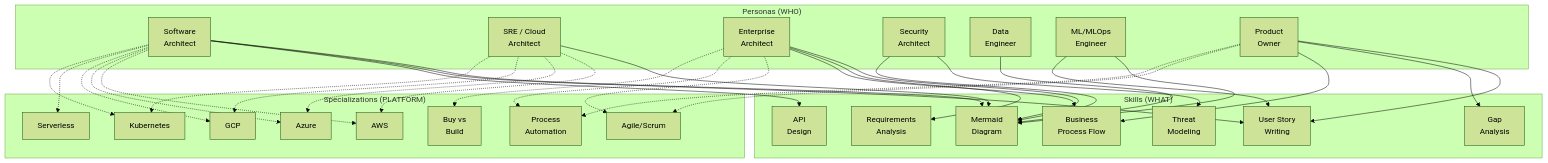
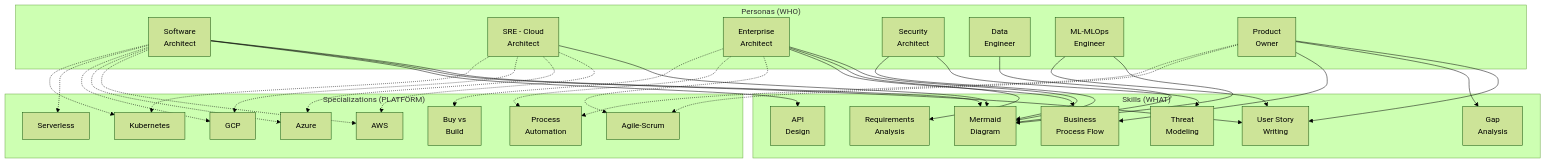
The third of 3 diagrams in docs/ai-engineering/persona-skill-specialization-summary.md (petergdoyle/actor-factory), drawn with Mermaid (forest theme) before and after one commit. The commit also changed other lines of this file and 12 other files, not shown here.

````diff
--- a/docs/ai-engineering/persona-skill-specialization-summary.md
+++ b/docs/ai-engineering/persona-skill-specialization-summary.md
@@ -152,66 +152,66 @@
 ```mermaid
 graph TD
     subgraph Personas["Personas (WHO)"]
         SWE["Software\nArchitect"]
-        INFRA["SRE / Cloud\nArchitect"]
+        INFRA["SRE - Cloud\nArchitect"]
         EA["Enterprise\nArchitect"]
         SEC["Security\nArchitect"]
         DATA["Data\nEngineer"]
-        ML["ML/MLOps\nEngineer"]
+        ML["ML-MLOps\nEngineer"]
         PO["Product\nOwner"]
     end
 
     subgraph Skills["Skills (WHAT)"]
         MERMAID["Mermaid\nDiagram"]
         STORY["User Story\nWriting"]
         REQAN["Requirements\nAnalysis"]
         GAP["Gap\nAnalysis"]
         API["API\nDesign"]
         THREAT["Threat\nModeling"]
         BPF["Business\nProcess Flow"]
     end
 
     subgraph Specializations["Specializations (PLATFORM)"]
         AWS["AWS"]
         AZURE["Azure"]
         GCP["GCP"]
         SLS["Serverless"]
         K8S["Kubernetes"]
-        AGILE["Agile/Scrum"]
+        AGILE["Agile-Scrum"]
         PROC["Process\nAutomation"]
         BVB["Buy vs\nBuild"]
     end
 
-    %% Persona → Skill associations
+    %% Persona to Skill associations
     SWE --> MERMAID
     SWE --> STORY
     SWE --> API
     INFRA --> MERMAID
     EA --> MERMAID
     EA --> REQAN
     EA --> BPF
     SEC --> THREAT
     SEC --> MERMAID
     DATA --> MERMAID
     ML --> MERMAID
     ML --> STORY
     PO --> STORY
     PO --> GAP
     PO --> BPF
 
-    %% Persona → Specialization affinities
+    %% Persona to Specialization affinities
     SWE -.-> AWS
     SWE -.-> AZURE
     SWE -.-> GCP
     SWE -.-> SLS
     SWE -.-> K8S
     INFRA -.-> AWS
     INFRA -.-> AZURE
     INFRA -.-> GCP
     INFRA -.-> K8S
     EA -.-> AGILE
     EA -.-> PROC
     EA -.-> BVB
     PO -.-> AGILE
     PO -.-> PROC
 ```
````
